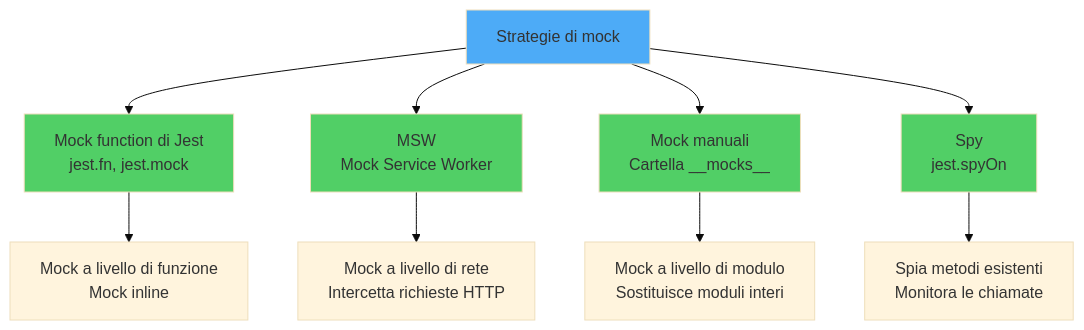
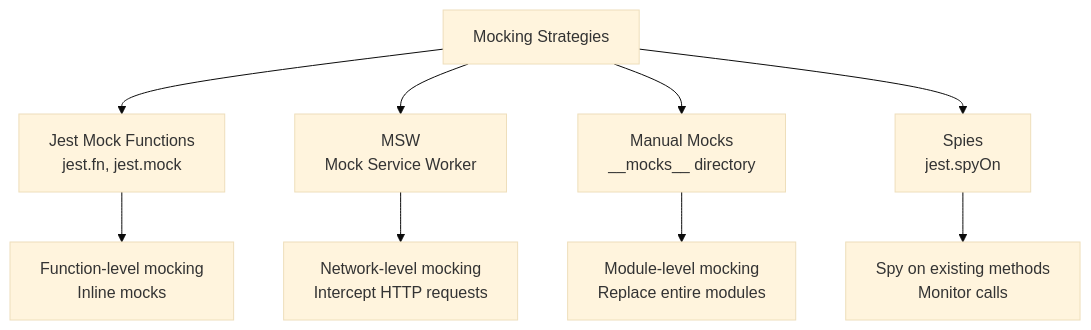
One commit to BabaScience/react-guides changed the sixth of 10 diagrams in arguments/chapters/it/10-testing.md. Above: the diagram before and after it, drawn with Mermaid (base theme). The commit also changed other lines of this file and 29 other files, not shown here.

First line of the commit message:
Bring React FR/IT translations to full English parity + theme-safe diagrams

````diff
--- a/arguments/chapters/it/10-testing.md
+++ b/arguments/chapters/it/10-testing.md
@@ -207,18 +1251,13 @@
 ```mermaid
 graph TD
-    A[Strategie di mock] --> B[Mock function di Jest<br/>jest.fn, jest.mock]
+    A[Mocking Strategies] --> B[Jest Mock Functions<br/>jest.fn, jest.mock]
     A --> C[MSW<br/>Mock Service Worker]
-    A --> D[Mock manuali<br/>Cartella __mocks__]
-    A --> E[Spy<br/>jest.spyOn]
-
-    B --> B1[Mock a livello di funzione<br/>Mock inline]
-    C --> C1[Mock a livello di rete<br/>Intercetta richieste HTTP]
-    D --> D1[Mock a livello di modulo<br/>Sostituisce moduli interi]
-    E --> E1[Spia metodi esistenti<br/>Monitora le chiamate]
-
-    style A fill:#4dabf7
-    style B fill:#51cf66
-    style C fill:#51cf66
-    style D fill:#51cf66
-    style E fill:#51cf66
+    A --> D[Manual Mocks<br/>__mocks__ directory]
+    A --> E[Spies<br/>jest.spyOn]
+    
+    B --> B1[Function-level mocking<br/>Inline mocks]
+    C --> C1[Network-level mocking<br/>Intercept HTTP requests]
+    D --> D1[Module-level mocking<br/>Replace entire modules]
+    E --> E1[Spy on existing methods<br/>Monitor calls]
+    
 ```
````
